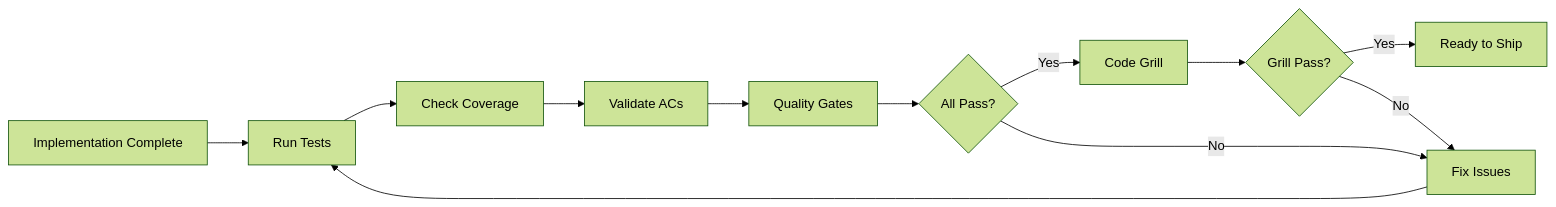
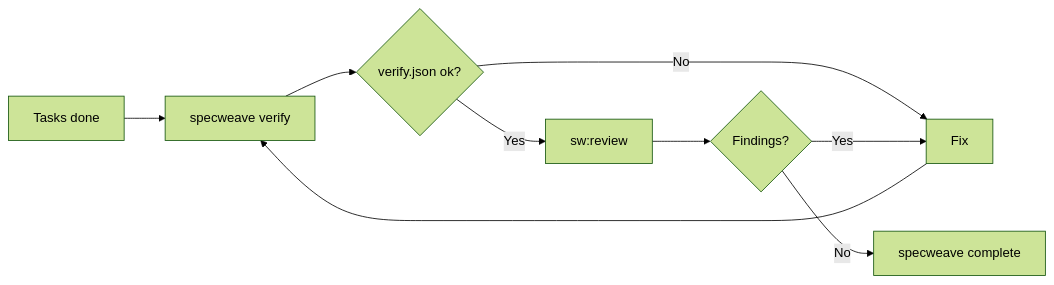
Before and after one commit to anton-abyzov/specweave: the diagram in docs-site/docs/workflows/validation.md, drawn with Mermaid (forest theme). The commit also changed other lines of this file and 168 other files, not shown here.

````diff
--- a/docs-site/docs/workflows/validation.md
+++ b/docs-site/docs/workflows/validation.md
@@ -17,14 +19,11 @@
 ```mermaid
 graph LR
-    A[Implementation Complete] --> B[Run Tests]
-    B --> C[Check Coverage]
-    C --> D[Validate ACs]
-    D --> E[Quality Gates]
-    E --> F{All Pass?}
-    F -->|Yes| G[Code Grill]
-    G --> H{Grill Pass?}
-    H -->|Yes| I[Ready to Ship]
-    H -->|No| J[Fix Issues]
-    F -->|No| J
-    J --> B
+    A[Tasks done] --> B[specweave verify]
+    B --> C{verify.json ok?}
+    C -->|No| D[Fix]
+    D --> B
+    C -->|Yes| E[sw:review]
+    E --> F{Findings?}
+    F -->|Yes| D
+    F -->|No| G[specweave complete]
 ```
````
